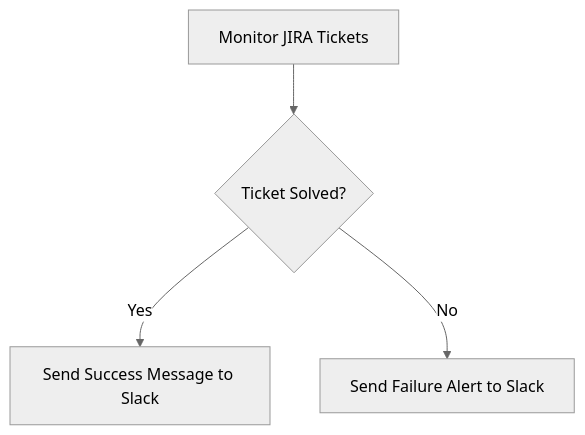
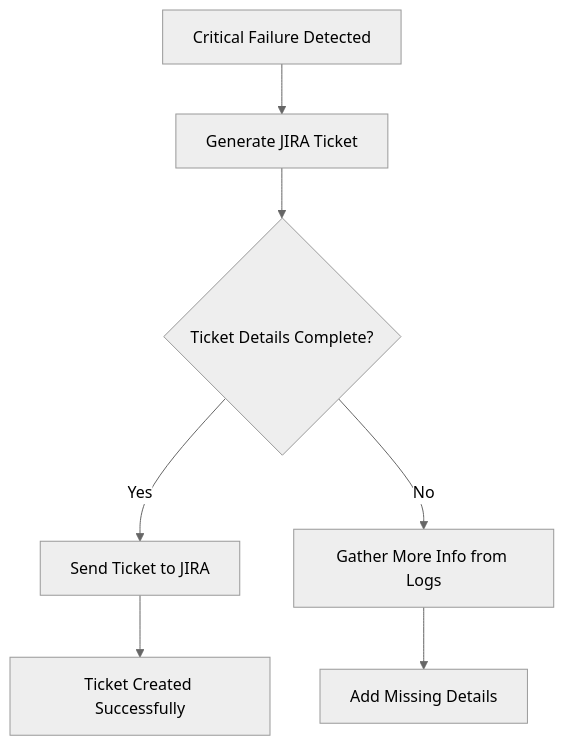
One commit to kubiyabot/terraform-modules changed the third of 3 diagrams in jira-ticket-solver/README.md. Above: the diagram before and after it, drawn with Mermaid (neutral theme). The commit also changed other lines of this file, not shown here.

````diff
--- a/jira-ticket-solver/README.md
+++ b/jira-ticket-solver/README.md
@@ -38,6 +69,12 @@
 ```mermaid
 graph TD
-    A[Monitor JIRA Tickets] --> B{Ticket Solved?}
-    B --> |Yes| C[Send Success Message to Slack]
-    B --> |No| D[Send Failure Alert to Slack]
+    A[Critical Failure Detected] --> B[Generate JIRA Ticket]
+    B --> C{Ticket Details Complete?}
+    C -->|Yes| D[Send Ticket to JIRA]
+    C -->|No| E[Gather More Info from Logs]
+
+    D --> F[Ticket Created Successfully]
+    E --> G[Add Missing Details]
+    
+    click B href "https://github.com/kubiyabot/community-tools/ci-cd-diagnosis"
 ```
````
